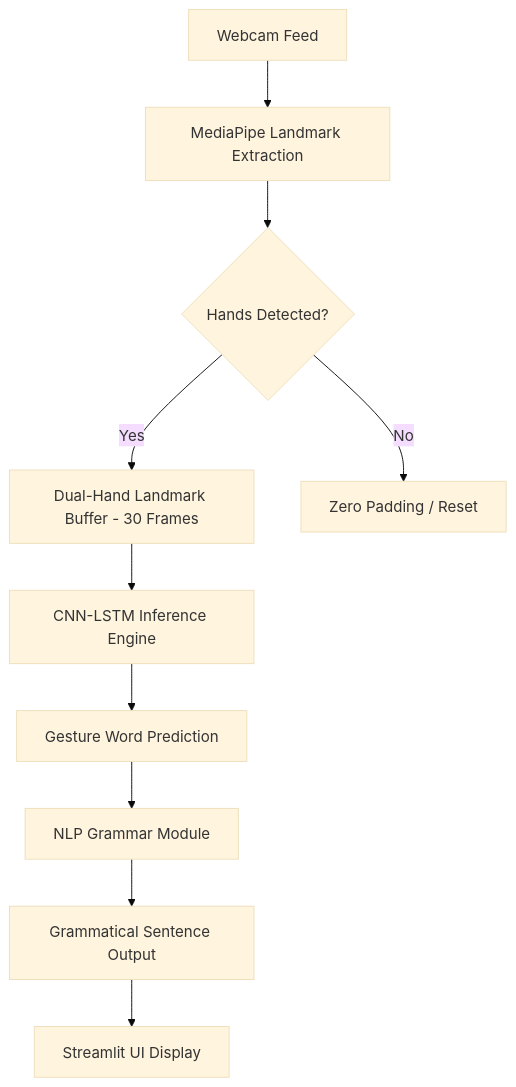
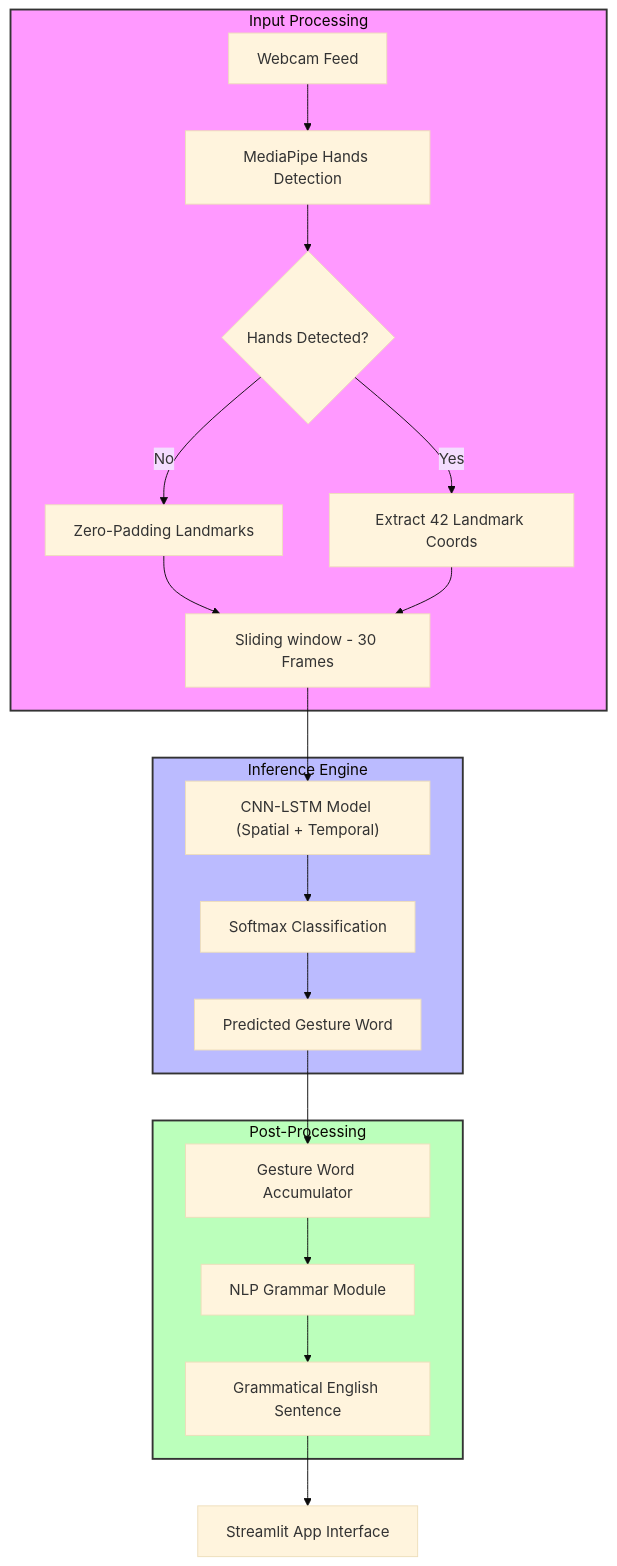
The diagram in README.md (shivammm1234/GestureToTextConversionUsingDeepNeuralNetwork), drawn with Mermaid (base theme) before and after one commit. The commit also changed other lines of this file, not shown here.

Commit message:
Update README with professional architecture diagram

````diff
--- a/README.md
+++ b/README.md
@@ -27,12 +31,29 @@
 ```mermaid
 graph TD
-    A[Webcam Feed] --> B[MediaPipe Landmark Extraction]
+    subgraph Input_Processing [Input Processing]
+    A[Webcam Feed] --> B[MediaPipe Hands Detection]
     B --> C{Hands Detected?}
-    C -- Yes --> D[Dual-Hand Landmark Buffer - 30 Frames]
-    C -- No --> E[Zero Padding / Reset]
-    D --> F[CNN-LSTM Inference Engine]
-    F --> G[Gesture Word Prediction]
-    G --> H[NLP Grammar Module]
-    H --> I[Grammatical Sentence Output]
-    I --> J[Streamlit UI Display]
+    C -- No --> E[Zero-Padding Landmarks]
+    C -- Yes --> F[Extract 42 Landmark Coords]
+    E --> G[Sliding window - 30 Frames]
+    F --> G
+    end
+
+    subgraph Deep_Learning_Model [Inference Engine]
+    G --> H["CNN-LSTM Model (Spatial + Temporal)"]
+    H --> I[Softmax Classification]
+    I --> J[Predicted Gesture Word]
+    end
+
+    subgraph Natural_Language_Processing [Post-Processing]
+    J --> K[Gesture Word Accumulator]
+    K --> L[NLP Grammar Module]
+    L --> M[Grammatical English Sentence]
+    end
+
+    M --> N[Streamlit App Interface]
+
+    style Input_Processing fill:#f9f,stroke:#333,stroke-width:2px
+    style Deep_Learning_Model fill:#bbf,stroke:#333,stroke-width:2px
+    style Natural_Language_Processing fill:#bfb,stroke:#333,stroke-width:2px
 ```
````
